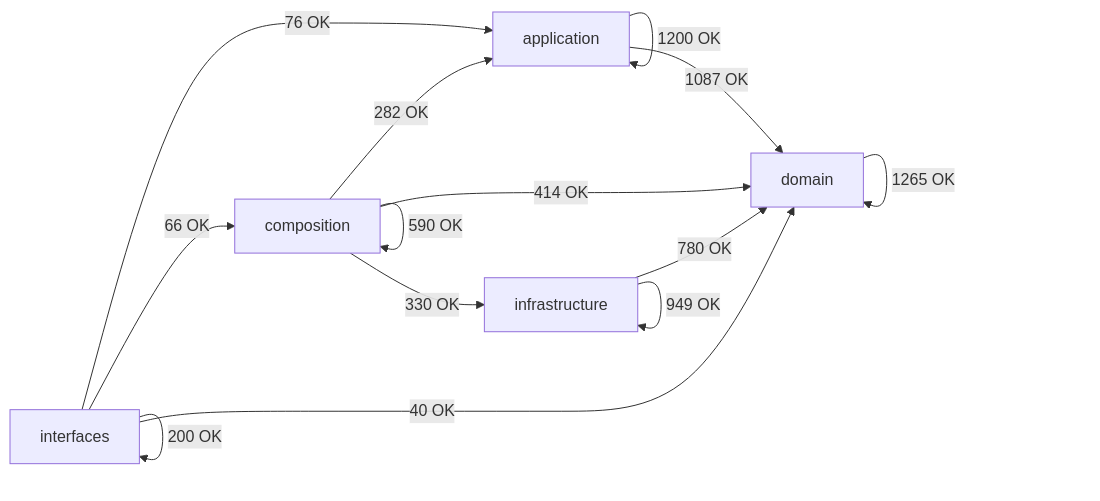
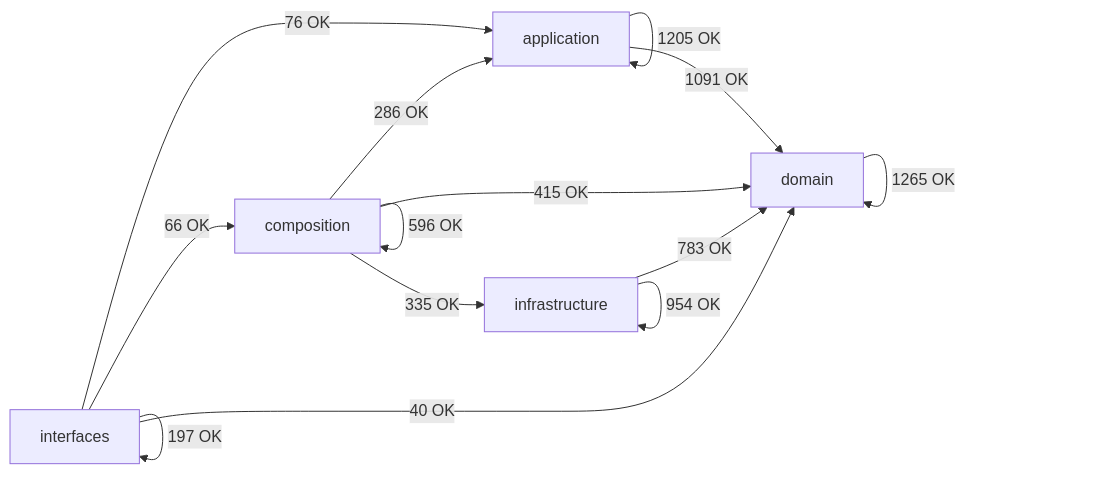
Before and after one commit to SatoryKono/BioactivityDataAcquisition: the diagram in docs/02-architecture/generated/module-dependency-map.md, drawn with Mermaid. The commit also changed other lines of this file and 148 other files, not shown here.

````diff
--- a/docs/02-architecture/generated/module-dependency-map.md
+++ b/docs/02-architecture/generated/module-dependency-map.md
@@ -17,21 +17,21 @@
 ```mermaid
 flowchart LR
     domain[domain]
     application[application]
     infrastructure[infrastructure]
     composition[composition]
     interfaces[interfaces]
-    application -->|1200 OK| application
-    application -->|1087 OK| domain
-    composition -->|282 OK| application
-    composition -->|590 OK| composition
-    composition -->|414 OK| domain
-    composition -->|330 OK| infrastructure
+    application -->|1205 OK| application
+    application -->|1091 OK| domain
+    composition -->|286 OK| application
+    composition -->|596 OK| composition
+    composition -->|415 OK| domain
+    composition -->|335 OK| infrastructure
     domain -->|1265 OK| domain
-    infrastructure -->|780 OK| domain
-    infrastructure -->|949 OK| infrastructure
+    infrastructure -->|783 OK| domain
+    infrastructure -->|954 OK| infrastructure
     interfaces -->|76 OK| application
     interfaces -->|66 OK| composition
     interfaces -->|40 OK| domain
-    interfaces -->|200 OK| interfaces
+    interfaces -->|197 OK| interfaces
 ```
````
